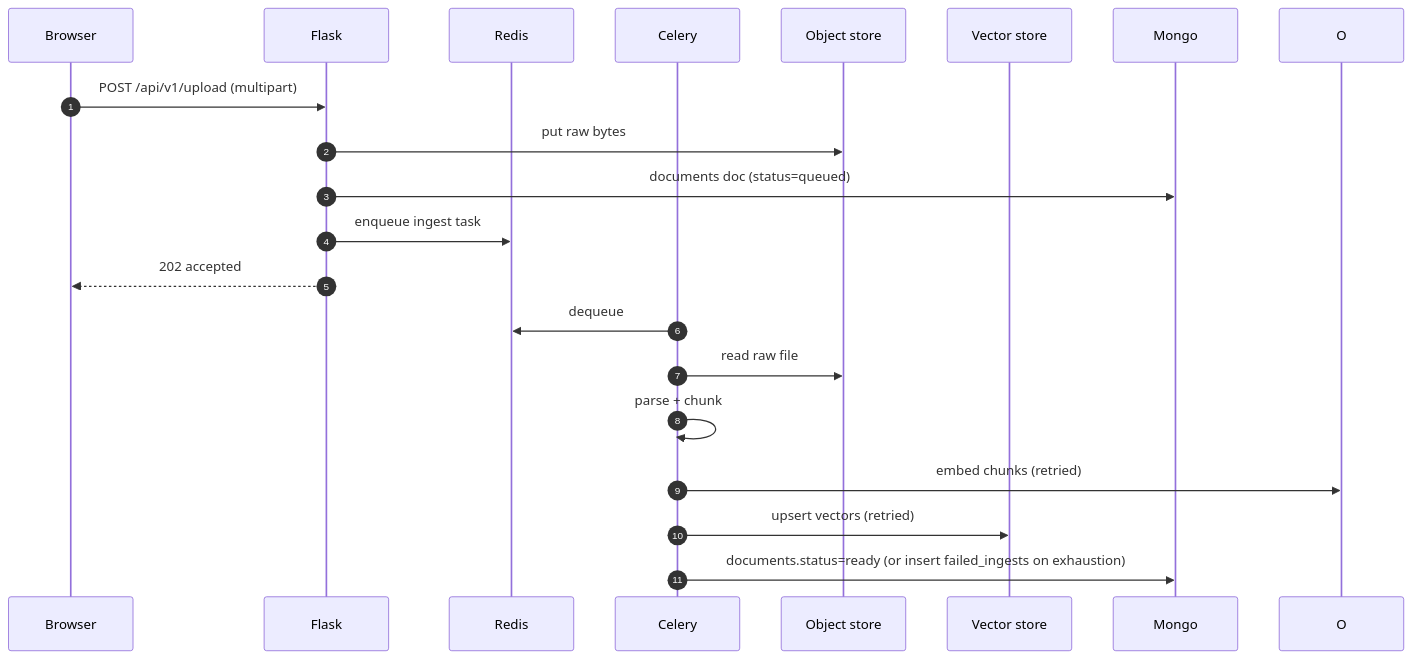
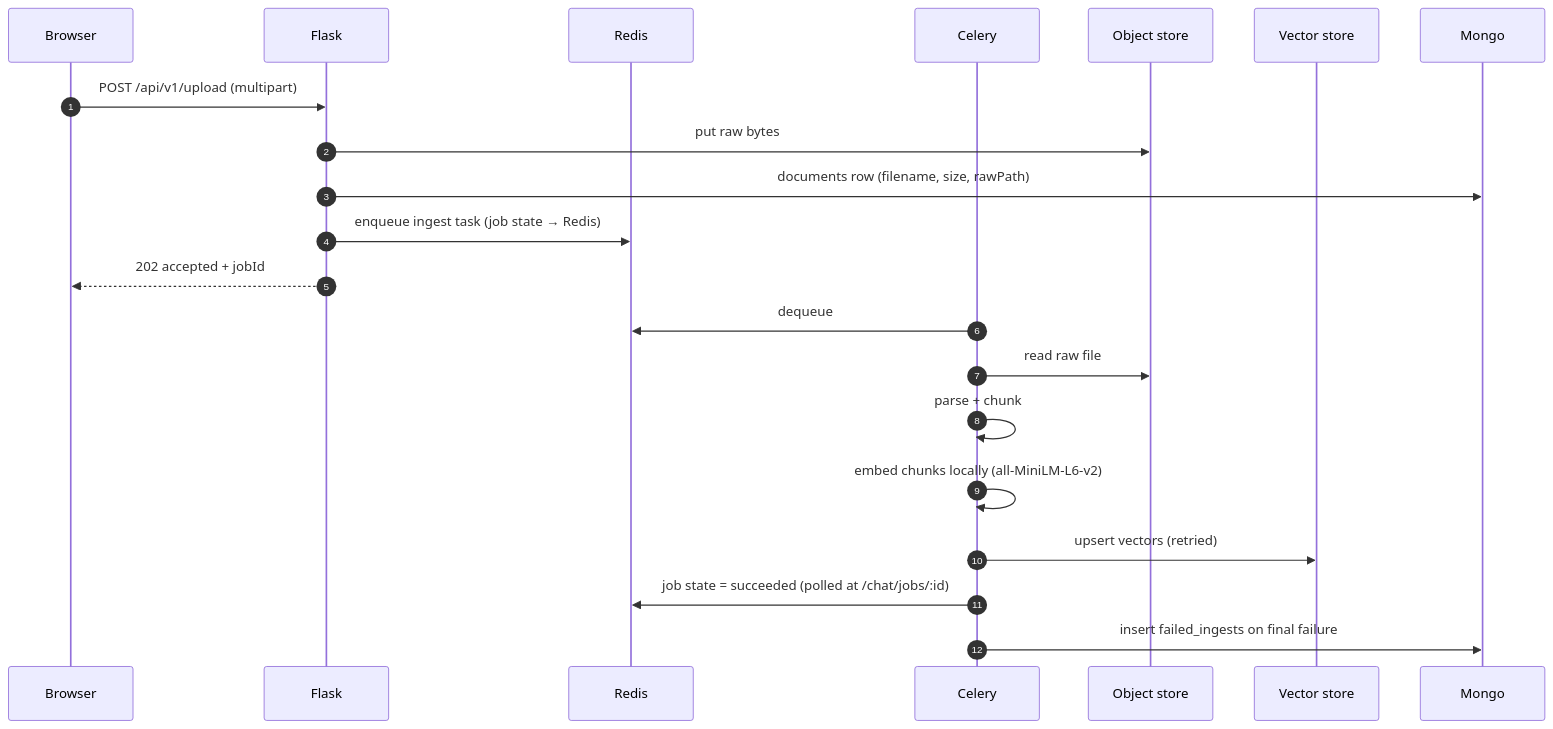
The fourth of 5 diagrams in ARCHITECTURE.md (ankitmaurya-16/document_AI), drawn with Mermaid before and after one commit. The commit also changed other lines of this file, not shown here.

Commit message:
docs: correct ARCHITECTURE diagrams and data model to match the code

````diff
--- a/ARCHITECTURE.md
+++ b/ARCHITECTURE.md
@@ -87,23 +87,24 @@
 ```mermaid
 sequenceDiagram
     autonumber
     participant U as Browser
     participant F as Flask
     participant R as Redis
     participant W as Celery
     participant S as Object store
     participant V as Vector store
     participant M as Mongo
 
     U->>F: POST /api/v1/upload (multipart)
     F->>S: put raw bytes
-    F->>M: documents doc (status=queued)
-    F->>R: enqueue ingest task
-    F-->>U: 202 accepted
+    F->>M: documents row (filename, size, rawPath)
+    F->>R: enqueue ingest task (job state → Redis)
+    F-->>U: 202 accepted + jobId
     W->>R: dequeue
     W->>S: read raw file
     W->>W: parse + chunk
-    W->>O: embed chunks (retried)
+    W->>W: embed chunks locally (all-MiniLM-L6-v2)
     W->>V: upsert vectors (retried)
-    W->>M: documents.status=ready  (or insert failed_ingests on exhaustion)
+    W->>R: job state = succeeded (polled at /chat/jobs/:id)
+    W->>M: insert failed_ingests on final failure
 ```
````
